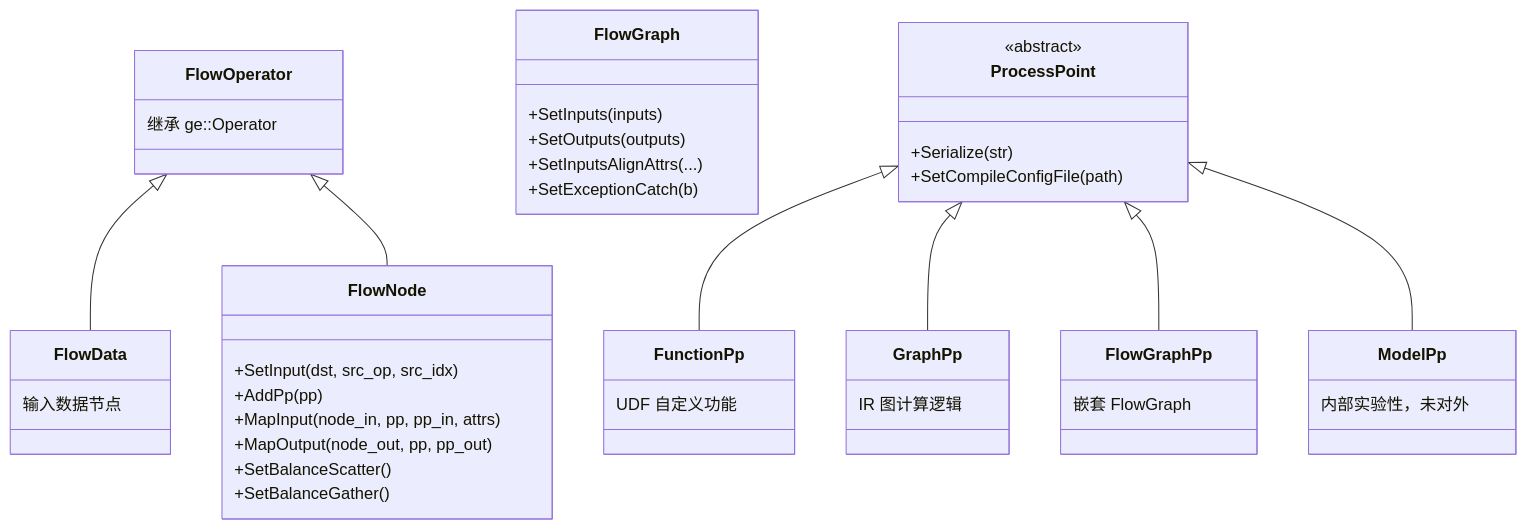
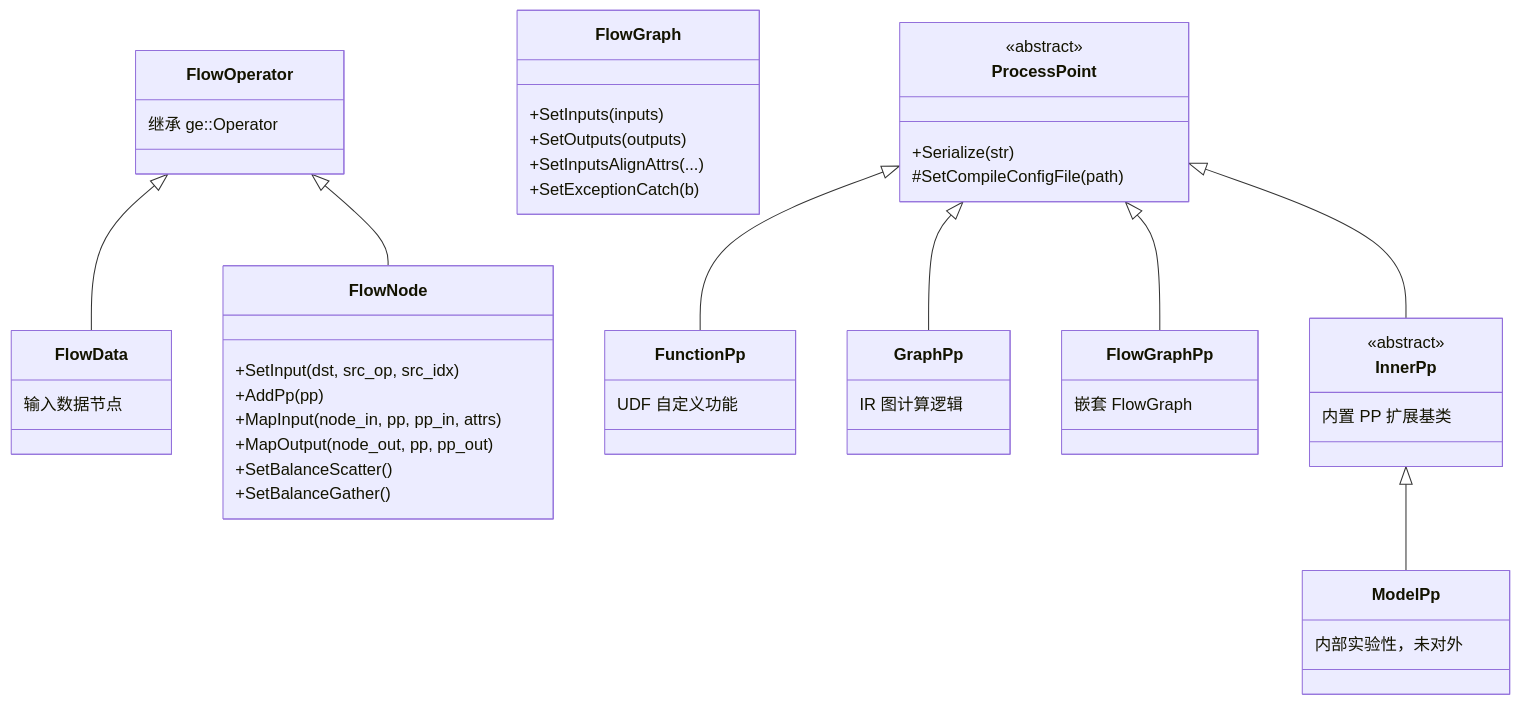
The second of 9 diagrams in docs/zh/design/modules/dflow/dflow.md (hicann/ge), drawn with Mermaid before and after one commit. The commit also changed other lines of this file and 3 other files, not shown here.

````diff
--- a/docs/zh/design/modules/dflow/dflow.md
+++ b/docs/zh/design/modules/dflow/dflow.md
@@ -135,37 +135,42 @@
 ```mermaid
 classDiagram
     class FlowOperator {
         继承 ge::Operator
     }
     class FlowData { 输入数据节点 }
     class FlowNode {
         +SetInput(dst, src_op, src_idx)
         +AddPp(pp)
         +MapInput(node_in, pp, pp_in, attrs)
         +MapOutput(node_out, pp, pp_out)
         +SetBalanceScatter()
         +SetBalanceGather()
     }
     class FlowGraph {
         +SetInputs(inputs)
         +SetOutputs(outputs)
         +SetInputsAlignAttrs(...)
         +SetExceptionCatch(b)
     }
     class ProcessPoint {
         <<abstract>>
         +Serialize(str)
-        +SetCompileConfigFile(path)
+        #SetCompileConfigFile(path)
     }
     class FunctionPp { UDF 自定义功能 }
     class GraphPp { IR 图计算逻辑 }
     class FlowGraphPp { 嵌套 FlowGraph }
+    class InnerPp {
+        <<abstract>>
+        内置 PP 扩展基类
+    }
     class ModelPp { 内部实验性，未对外 }
 
     FlowOperator <|-- FlowData
     FlowOperator <|-- FlowNode
     ProcessPoint <|-- FunctionPp
     ProcessPoint <|-- GraphPp
     ProcessPoint <|-- FlowGraphPp
-    ProcessPoint <|-- ModelPp
+    ProcessPoint <|-- InnerPp
+    InnerPp <|-- ModelPp
 ```
````
